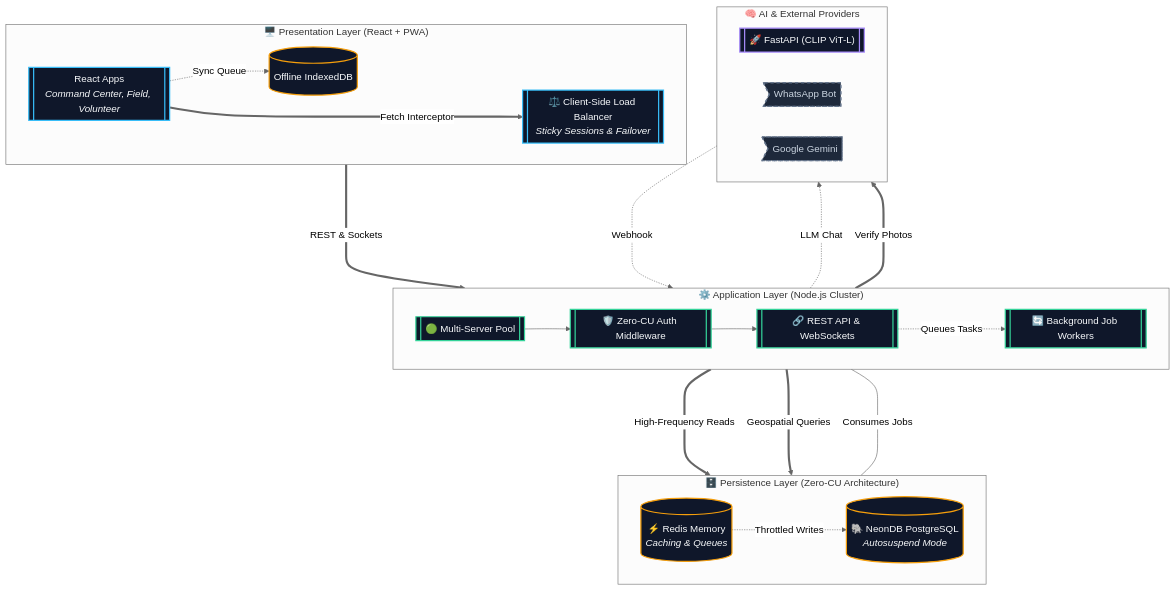
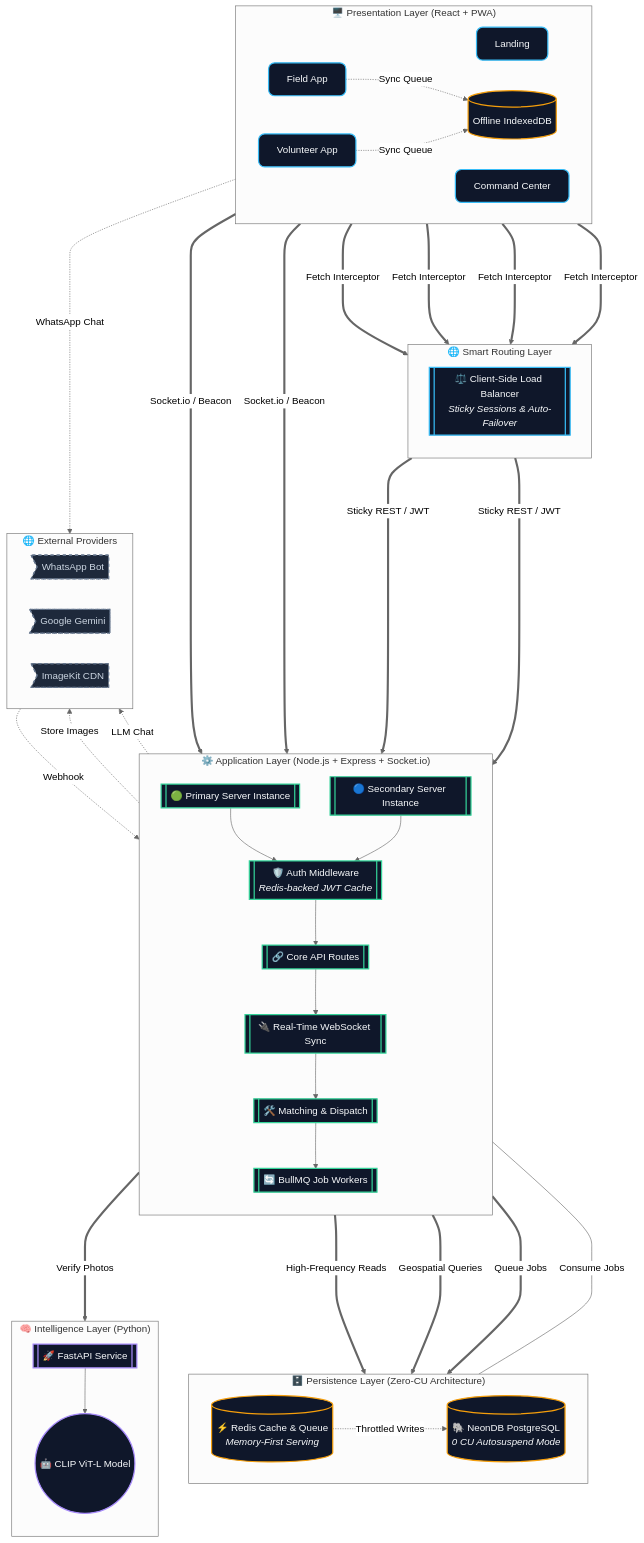
The diagram in README.md (Barshan-Majumdar/seva-setu), drawn with Mermaid (neutral theme) before and after one commit. The commit also changed other lines of this file, not shown here.

Commit message:
Enhance system architecture diagram and components
Updated system architecture diagram with improved styling and added components for the client and application layers.

````diff
--- a/README.md
+++ b/README.md
@@ -119,58 +119,83 @@
 ```mermaid
 flowchart TD
-    %% Styling
+    %% Isometric / 3D Styling using Shadows and Depth
     classDef client fill:#0f172a,stroke:#38bdf8,stroke-width:2px,color:#f8fafc,rx:10px,ry:10px,shadow:true;
     classDef backend fill:#0f172a,stroke:#34d399,stroke-width:2px,color:#f8fafc,rx:10px,ry:10px,shadow:true;
     classDef db fill:#0f172a,stroke:#f59e0b,stroke-width:2px,color:#f8fafc,shadow:true;
     classDef ai fill:#0f172a,stroke:#a78bfa,stroke-width:2px,color:#f8fafc,rx:10px,ry:10px,shadow:true;
     classDef thirdparty fill:#1e293b,stroke:#64748b,stroke-width:2px,stroke-dasharray: 5 5,color:#cbd5e1,rx:10px,ry:10px;
 
-    %% 1. Client Layer
     subgraph Client ["🖥️ Presentation Layer (React + PWA)"]
         direction LR
-        Apps[[React Apps<br><i>Command Center, Field, Volunteer</i>]]:::client
+        L[Landing]:::client
+        F[Field App]:::client
+        V[Volunteer App]:::client
+        C[Command Center]:::client
+        
         IDB[(Offline IndexedDB)]:::db
-        LB[[⚖️ Client-Side Load Balancer<br><i>Sticky Sessions & Failover</i>]]:::client
-        
-        Apps -.->|Sync Queue| IDB
-        Apps ====>|Fetch Interceptor| LB
+        F -.->|Sync Queue| IDB
+        V -.->|Sync Queue| IDB
     end
 
-    %% 2. Application Layer
-    subgraph API ["⚙️ Application Layer (Node.js Cluster)"]
-        direction LR
-        Servers[[🟢 Multi-Server Pool]]:::backend
-        Auth[[🛡️ Zero-CU Auth Middleware]]:::backend
-        Routes[[🔗 REST API & WebSockets]]:::backend
-        Workers[[🔄 Background Job Workers]]:::backend
-
-        Servers --> Auth --> Routes -.->|Queues Tasks| Workers
+    subgraph Gateway ["🌐 Smart Routing Layer"]
+        direction TB
+        LB[[⚖️ Client-Side Load Balancer<br><i>Sticky Sessions & Auto-Failover</i>]]:::client
     end
 
-    %% 3. Persistence Layer
+    subgraph API ["⚙️ Application Layer (Node.js + Express + Socket.io)"]
+        direction TB
+        Server1[[🟢 Primary Server Instance]]:::backend
+        Server2[[🔵 Secondary Server Instance]]:::backend
+        
+        Auth[[🛡️ Auth Middleware<br><i>Redis-backed JWT Cache</i>]]:::backend
+        Routes[[🔗 Core API Routes]]:::backend
+        Sockets[[🔌 Real-Time WebSocket Sync]]:::backend
+        Services[[🛠️ Matching & Dispatch]]:::backend
+        Workers[[🔄 BullMQ Job Workers]]:::backend
+
+        Server1 --> Auth
+        Server2 --> Auth
+        Auth --> Routes
+        Routes --> Sockets
+        Sockets --> Services
+        Services --> Workers
+    end
+
     subgraph Data ["🗄️ Persistence Layer (Zero-CU Architecture)"]
         direction LR
-        Redis[(⚡ Redis Memory<br><i>Caching & Queues</i>)]:::db
-        PG[(🐘 NeonDB PostgreSQL<br><i>Autosuspend Mode</i>)]:::db
+        Redis[(⚡ Redis Cache & Queue<br><i>Memory-First Serving</i>)]:::db
+        PG[(🐘 NeonDB PostgreSQL<br><i>0 CU Autosuspend Mode</i>)]:::db
         Redis -.->|Throttled Writes| PG
     end
 
-    %% 4. Intelligence & External
-    subgraph External ["🧠 AI & External Providers"]
+    subgraph AI ["🧠 Intelligence Layer (Python)"]
+        direction TB
+        FastAPI[[🚀 FastAPI Service]]:::ai
+        Model((🤖 CLIP ViT-L Model)):::ai
+        FastAPI --> Model
+    end
+
+    subgraph External ["🌐 External Providers"]
         direction LR
-        FastAPI[["🚀 FastAPI (CLIP ViT-L)"]]:::ai
         WhatsApp>WhatsApp Bot]:::thirdparty
         Gemini>Google Gemini]:::thirdparty
+        ImgKit>ImageKit CDN]:::thirdparty
     end
 
-    %% Cross-Layer Connections
-    LB ====>|REST & Sockets| Servers
+    %% Flow Connections
+    L & F & V & C ====>|Fetch Interceptor| LB
+    LB ====>|Sticky REST / JWT| Server1 & Server2
+    V & C ====>|Socket.io / Beacon| Sockets
+    F -.->|WhatsApp Chat| WhatsApp
+    WhatsApp -.->|Webhook| Routes
+
+    Routes -.->|Store Images| ImgKit
+    Routes -.->|LLM Chat| Gemini
     
     Routes ====>|High-Frequency Reads| Redis
-    Routes ====>|Geospatial Queries| PG
-    Routes -.->|LLM Chat| Gemini
-    WhatsApp -.->|Webhook| Routes
+    Services ====>|Geospatial Queries| PG
+    Services ====>|Queue Jobs| Redis
+    Workers <====|Consume Jobs| Redis
     
-    Workers <====|Consumes Jobs| Redis
     Workers ====>|Verify Photos| FastAPI
 ```
````
